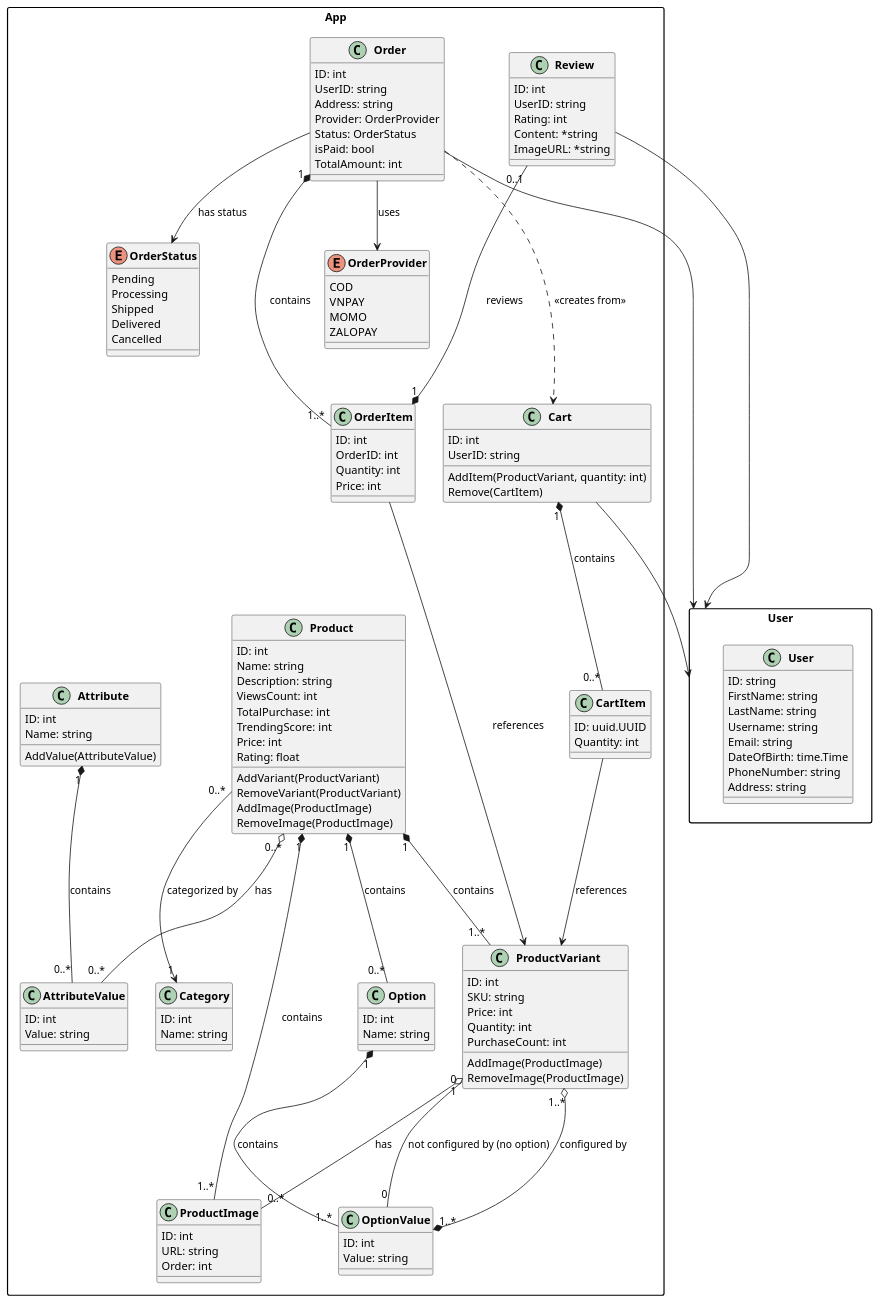
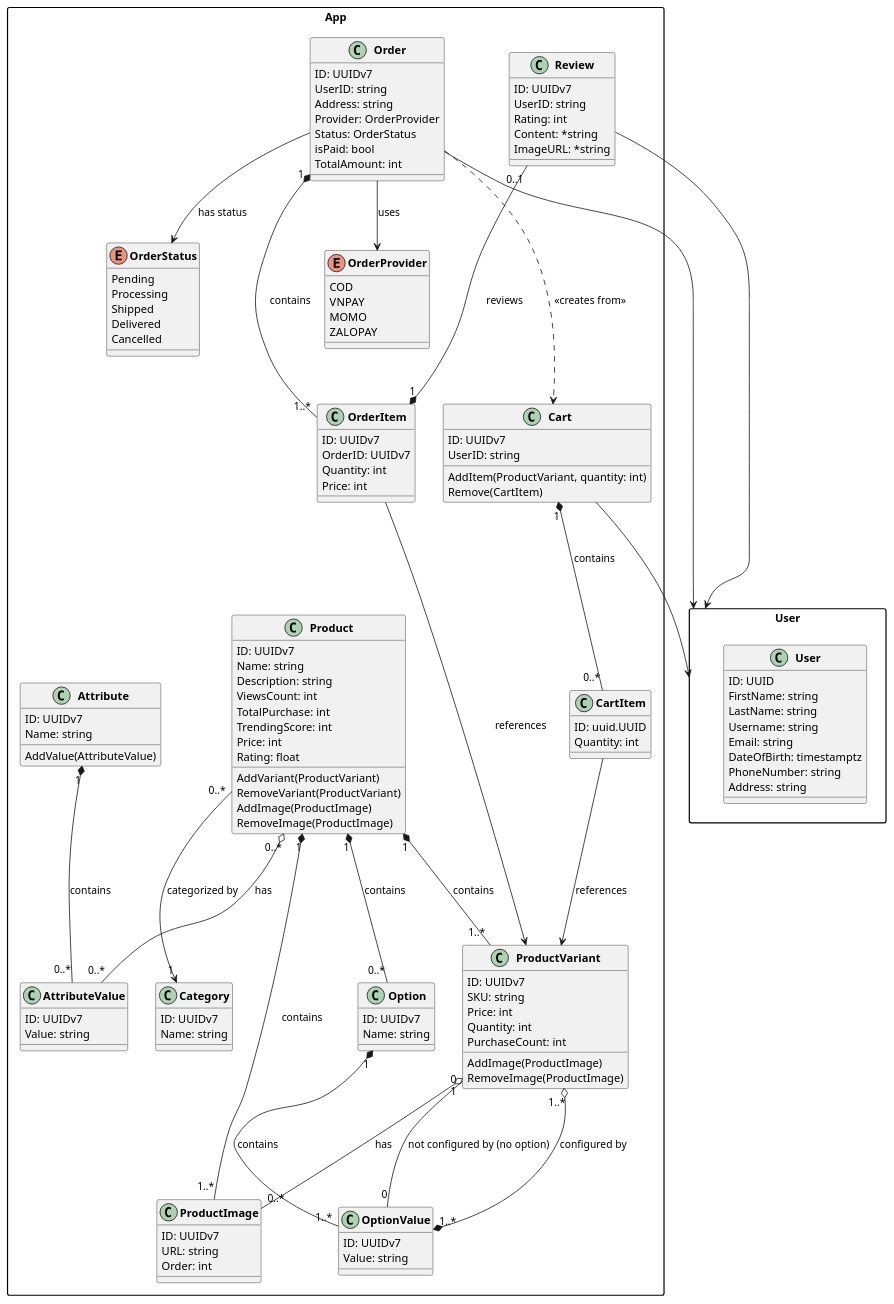
The diagram in docs/software-docs/class/index.md (electricilies/electricilies.github.io), drawn with PlantUML before and after one commit.

Commit message:
chore(class): update uuid id

```diff
--- a/docs/software-docs/class/index.md
+++ b/docs/software-docs/class/index.md
@@ -11,12 +11,12 @@
 
 package "User" {
     class User {
-        ID: string
+        ID: UUID
         FirstName: string
         LastName: string
         Username: string
         Email: string
-        DateOfBirth: time.Time
+        DateOfBirth: timestamptz
         PhoneNumber: string
         Address: string
     }
@@ -26,13 +26,13 @@
 
     ' ----- Category -----
     class Category {
-        ID: int
+        ID: UUIDv7
         Name: string
     }
 
     ' ----- Product and Related -----
     class Product {
-        ID: int
+        ID: UUIDv7
         Name: string
         Description: string
         ViewsCount: int
@@ -47,17 +47,17 @@
     }
 
     class Option {
-        ID: int
+        ID: UUIDv7
         Name: string
     }
 
     class OptionValue {
-        ID: int
+        ID: UUIDv7
         Value: string
     }
 
     class ProductVariant {
-        ID: int
+        ID: UUIDv7
         SKU: string
         Price: int
         Quantity: int
@@ -67,25 +67,25 @@
     }
 
     class ProductImage {
-        ID: int
+        ID: UUIDv7
         URL: string
         Order: int
     }
 
     class Attribute {
-        ID: int
+        ID: UUIDv7
         Name: string
         AddValue(AttributeValue)
     }
 
     class AttributeValue {
-        ID: int
+        ID: UUIDv7
         Value: string
     }
 
     ' ----- Cart -----
     class Cart {
-        ID: int
+        ID: UUIDv7
         UserID: string
         AddItem(ProductVariant, quantity: int)
         Remove(CartItem)
@@ -98,7 +98,7 @@
 
     ' ----- Order -----
     class Order {
-        ID: int
+        ID: UUIDv7
         UserID: string
         Address: string
         Provider: OrderProvider
@@ -116,8 +116,8 @@
     }
 
     class OrderItem {
-        ID: int
-        OrderID: int
+        ID: UUIDv7
+        OrderID: UUIDv7
         Quantity: int
         Price: int
     }
@@ -131,7 +131,7 @@
 
     ' ----- Review -----
     class Review {
-        ID: int
+        ID: UUIDv7
         UserID: string
         Rating: int
         Content: *string
```
